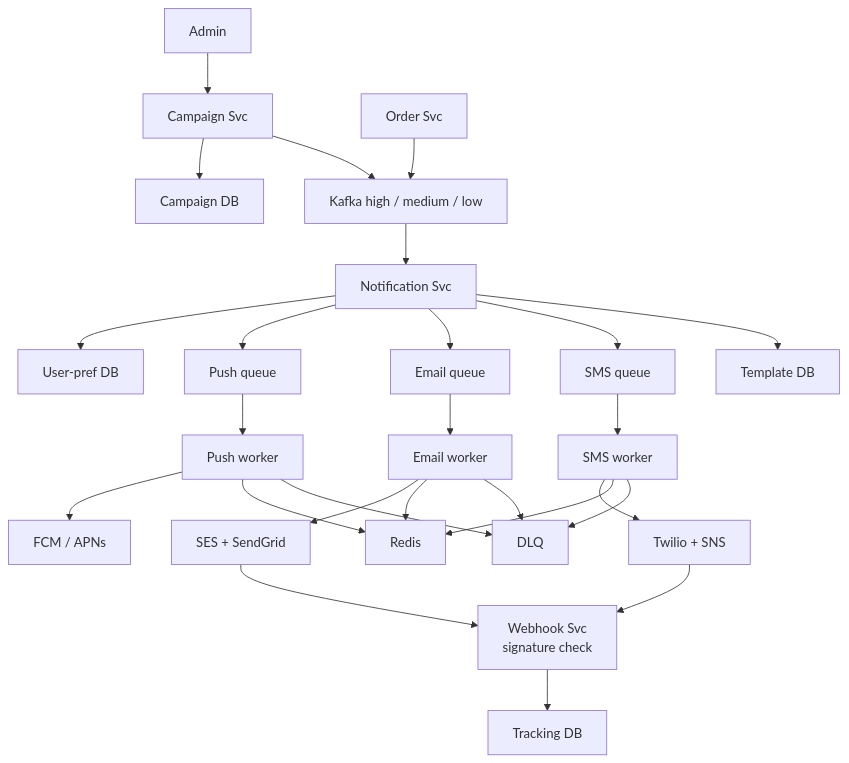
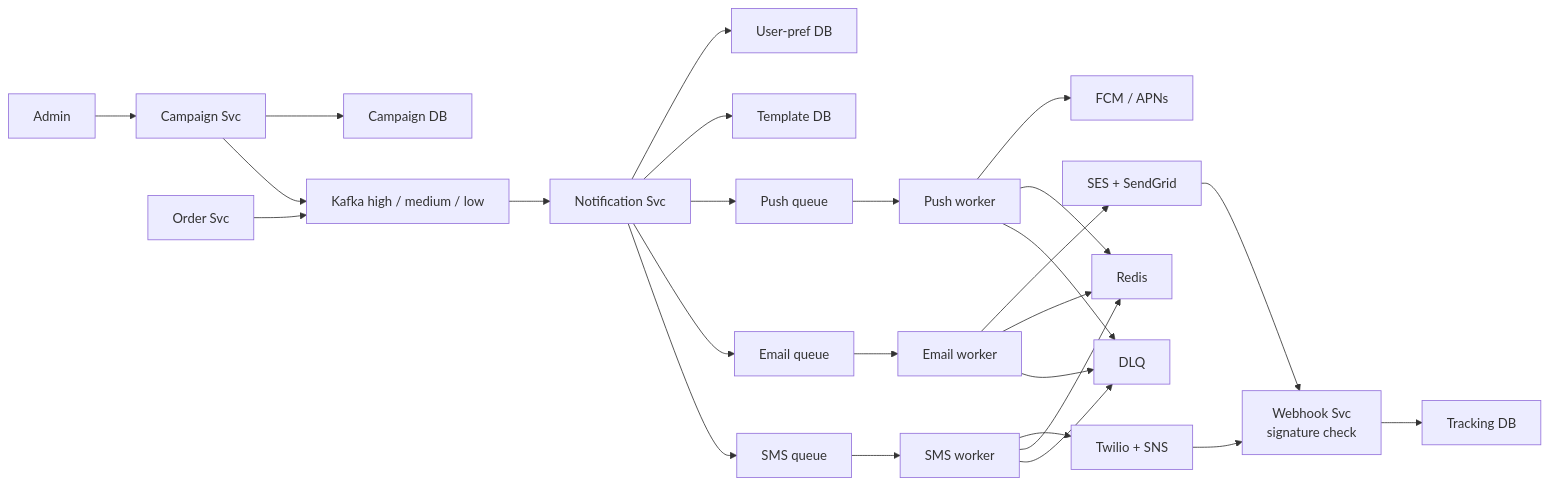
Before and after one commit to ArpanMaheshwari144/Prep: diagram 13 of 13 in 04_HLD/SYSTEM_DESIGNS/04_notification_system/04_notification_system.md, drawn with Mermaid. The commit also changed other lines of this file and 2 other files, not shown here.

Commit message:
notification, payment, file upload: one-day story, short cards, follow-ups with rules, highlighted diagrams

````diff
--- a/04_HLD/SYSTEM_DESIGNS/04_notification_system/04_notification_system.md
+++ b/04_HLD/SYSTEM_DESIGNS/04_notification_system/04_notification_system.md
@@ -804,49 +697,49 @@
 ```mermaid
-flowchart TD
+flowchart LR
     n_Admin["Admin"]
     n_Campaign_Svc["Campaign Svc"]
     n_Campaign_DB["Campaign DB"]
     n_Order_Svc["Order Svc"]
-    n_Kafka_high_medium_low["Kafka high / medium / low"]
+    n_Kafka["Kafka high / medium / low"]
     n_Notification_Svc["Notification Svc"]
     n_User_pref_DB["User-pref DB"]
     n_Template_DB["Template DB"]
     n_Push_queue["Push queue"]
     n_Push_worker["Push worker"]
     n_FCM_APNs["FCM / APNs"]
     n_Email_queue["Email queue"]
     n_Email_worker["Email worker"]
-    n_SES_SendGrid["SES + SendGrid"]
+    n_SES["SES + SendGrid"]
     n_SMS_queue["SMS queue"]
     n_SMS_worker["SMS worker"]
-    n_Twilio_SNS["Twilio + SNS"]
+    n_Twilio["Twilio + SNS"]
     n_Redis["Redis"]
+    n_DLQ["DLQ"]
     n_Webhook_Svc["Webhook Svc<br/>signature check"]
     n_Tracking_DB["Tracking DB"]
-    n_DLQ["DLQ"]
     n_Admin --> n_Campaign_Svc
     n_Campaign_Svc --> n_Campaign_DB
-    n_Campaign_Svc --> n_Kafka_high_medium_low
-    n_Order_Svc --> n_Kafka_high_medium_low
-    n_Kafka_high_medium_low --> n_Notification_Svc
+    n_Campaign_Svc --> n_Kafka
+    n_Order_Svc --> n_Kafka
+    n_Kafka --> n_Notification_Svc
     n_Notification_Svc --> n_User_pref_DB
+    n_Notification_Svc --> n_Template_DB
     n_Notification_Svc --> n_Push_queue
     n_Notification_Svc --> n_Email_queue
     n_Notification_Svc --> n_SMS_queue
-    n_Notification_Svc --> n_Template_DB
     n_Push_queue --> n_Push_worker
     n_Push_worker --> n_FCM_APNs
     n_Email_queue --> n_Email_worker
-    n_Email_worker --> n_SES_SendGrid
+    n_Email_worker --> n_SES
     n_SMS_queue --> n_SMS_worker
-    n_SMS_worker --> n_Twilio_SNS
-    n_SMS_worker --> n_Redis
-    n_SMS_worker --> n_DLQ
-    n_Twilio_SNS --> n_Webhook_Svc
+    n_SMS_worker --> n_Twilio
     n_Push_worker --> n_Redis
     n_Email_worker --> n_Redis
+    n_SMS_worker --> n_Redis
     n_Push_worker --> n_DLQ
     n_Email_worker --> n_DLQ
-    n_SES_SendGrid --> n_Webhook_Svc
+    n_SMS_worker --> n_DLQ
+    n_SES --> n_Webhook_Svc
+    n_Twilio --> n_Webhook_Svc
     n_Webhook_Svc --> n_Tracking_DB
 ```
````
